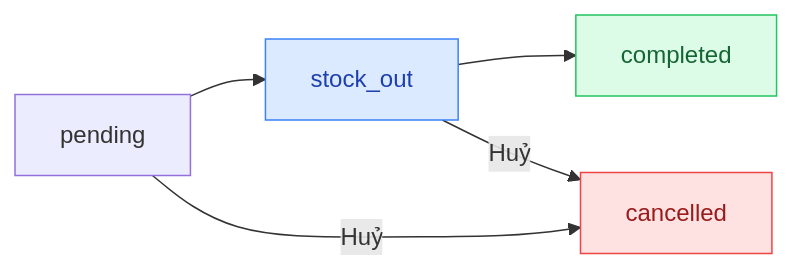
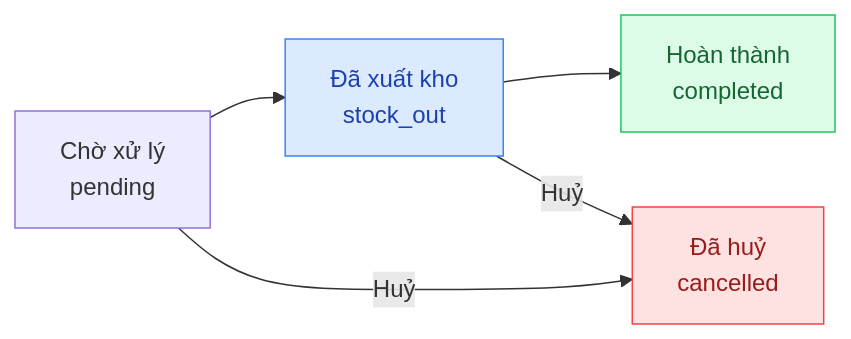
The diagram in docs/guide/manager/orders.mdx (tiemtaphoakorea/tiemtaphoakorea), drawn with Mermaid before and after one commit. The commit also changed other lines of this file and 48 other files, not shown here.

````diff
--- a/docs/guide/manager/orders.mdx
+++ b/docs/guide/manager/orders.mdx
@@ -35,9 +42,10 @@
 ```mermaid
 flowchart LR
-    A[pending] --> B[stock_out] --> C[completed]
-    A & B -->|Huỷ| D[cancelled]
+    A["Chờ xử lý<br/>pending"] --> B["Đã xuất kho<br/>stock_out"]
+    B --> C["Hoàn thành<br/>completed"]
+    A & B -->|Huỷ| D["Đã huỷ<br/>cancelled"]
 
     style D fill:#fee2e2,stroke:#ef4444,color:#991b1b
     style C fill:#dcfce7,stroke:#22c55e,color:#166534
     style B fill:#dbeafe,stroke:#3b82f6,color:#1e40af
 ```
````
